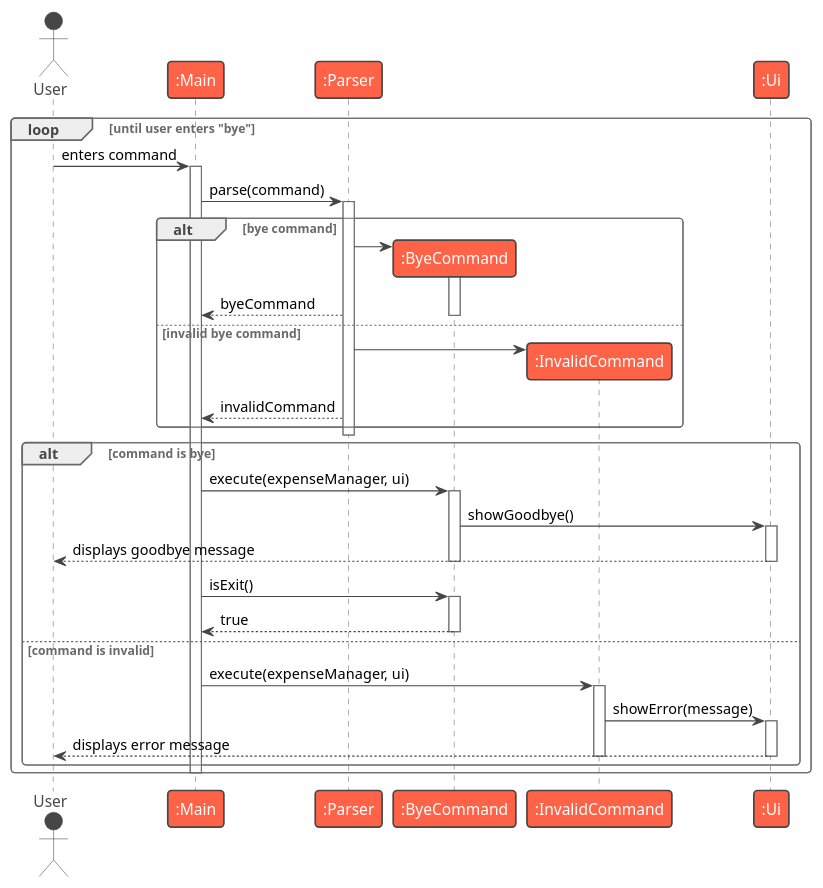
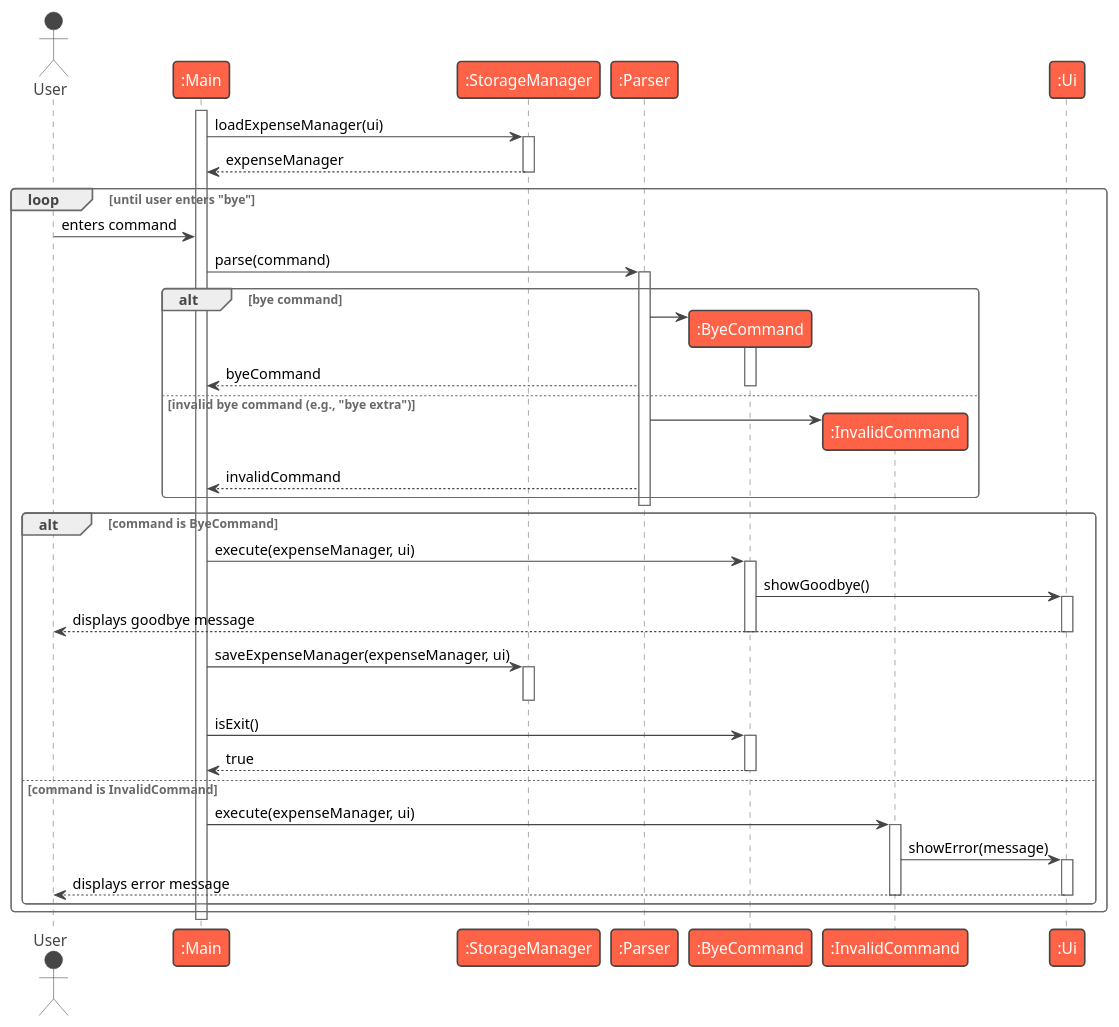
The diagram in docs/diagrams/bye-sequence.puml (aydrienlaw/tp), drawn with PlantUML before and after one commit. The commit also changed 1 other file, not shown here.

Commit message:
docs: update sequence diagrams to include StorageManager interactions for AddCommand and ByeCommand

```diff
--- a/docs/diagrams/bye-sequence.puml
+++ b/docs/diagrams/bye-sequence.puml
@@ -1,65 +1,75 @@
 @startuml
 !theme vibrant
 actor User
 participant ":Main" as Main
+participant ":StorageManager" as StorageManager
 participant ":Parser" as Parser
 participant ":ByeCommand" as ByeCommand
 participant ":InvalidCommand" as InvalidCommand
 participant ":Ui" as Ui
 
+activate Main
+Main -> StorageManager : loadExpenseManager(ui)
+activate StorageManager
+StorageManager --> Main : expenseManager
+deactivate StorageManager
+
 loop until user enters "bye"
 
     User -> Main : enters command
-    activate Main
 
     Main -> Parser : parse(command)
     activate Parser
 
     alt bye command
 
         create ByeCommand
         Parser -> ByeCommand
         activate ByeCommand
         Parser --> Main : byeCommand
         deactivate ByeCommand
 
-    else invalid bye command
+    else invalid bye command (e.g., "bye extra")
 
         create InvalidCommand
         Parser -> InvalidCommand
         Parser --> Main : invalidCommand
 
     end
 
     deactivate Parser
 
-    alt command is bye
+    alt command is ByeCommand
         Main -> ByeCommand : execute(expenseManager, ui)
         activate ByeCommand
 
         ByeCommand -> Ui : showGoodbye()
         activate Ui
         Ui --> User : displays goodbye message
         deactivate Ui
 
         deactivate ByeCommand
 
+        Main -> StorageManager : saveExpenseManager(expenseManager, ui)
+        activate StorageManager
+        deactivate StorageManager
+
         Main -> ByeCommand : isExit()
         activate ByeCommand
         ByeCommand --> Main : true
         deactivate ByeCommand
 
-    else command is invalid
+    else command is InvalidCommand
         Main -> InvalidCommand : execute(expenseManager, ui)
         activate InvalidCommand
         InvalidCommand -> Ui : showError(message)
         activate Ui
         Ui --> User : displays error message
         deactivate Ui
         deactivate InvalidCommand
     end
 
-    deactivate Main
+end
 
-end
+deactivate Main
 @enduml
```
